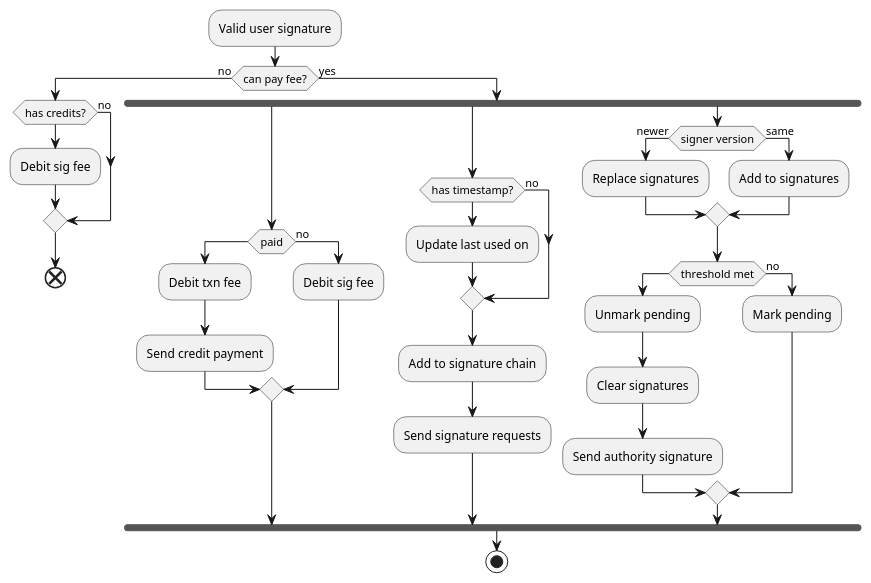
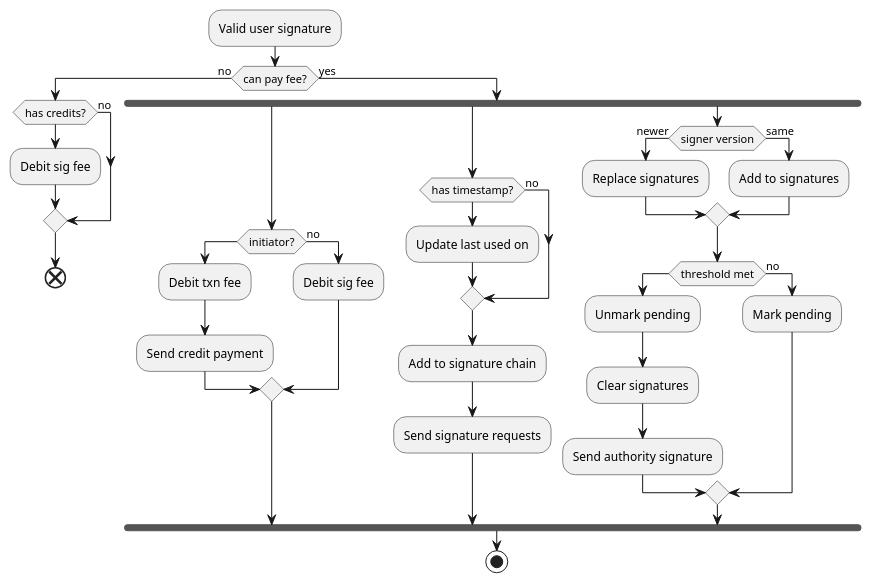
The first of 2 diagrams in docs/diagrams/signature.md (AccumulateNetwork/accumulate), drawn with PlantUML before and after one commit.

````diff
--- a/docs/diagrams/signature.md
+++ b/docs/diagrams/signature.md
@@ -7,51 +7,51 @@
 ```plantuml
 @startuml
 :Valid user signature;
 
 if (can pay fee?) then (no)
   if (has credits?) then
     :Debit sig fee;
   else (no)
   endif
   end
 
 else (yes)
   fork
-    if (paid) then
+    if (initiator?) then
       :Debit txn fee;
       :Send credit payment;
     else (no)
       :Debit sig fee;
     endif
 
   fork again
     if (has timestamp?) then
       :Update last used on;
     else (no)
     endif
 
     :Add to signature chain;
 
     :Send signature requests;
 
   fork again
     if (signer version) is (newer) then
       :Replace signatures;
     else (same)
       :Add to signatures;
     endif
 
     if (threshold met) then
       :Unmark pending;
       :Clear signatures;
       :Send authority signature;
     else (no)
       :Mark pending;
     endif
 
   end fork
 
   stop
 endif
 @enduml
 ```
````
